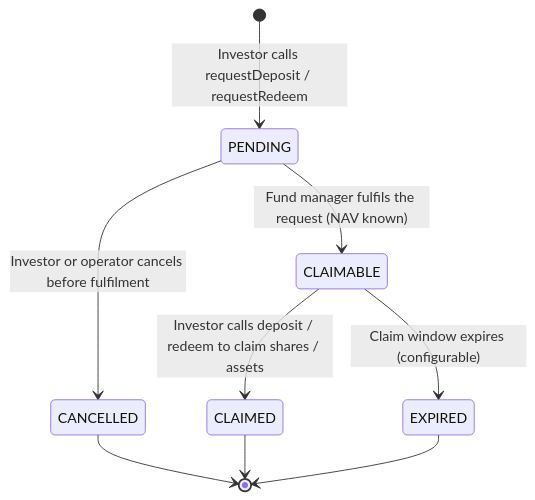
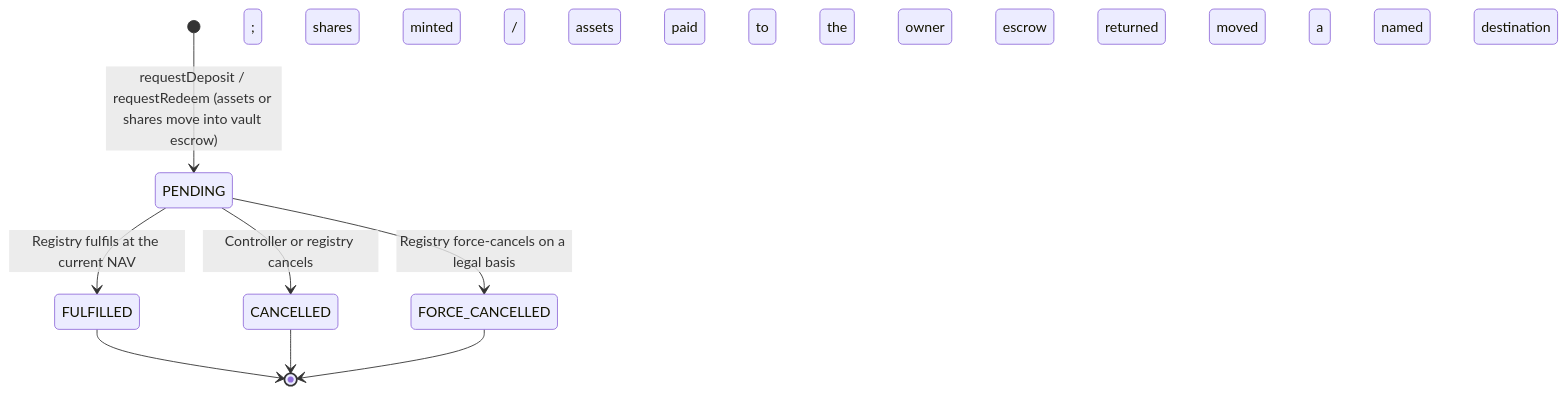
One commit to makibytes/registerwerk changed the diagram in docs/token-standards/erc7540.de.md. Above: the diagram before and after it, drawn with Mermaid. The commit also changed other lines of this file and 143 other files, not shown here.

````diff
--- a/docs/token-standards/erc7540.de.md
+++ b/docs/token-standards/erc7540.de.md
@@ -18,11 +23,10 @@
 ```mermaid
 stateDiagram-v2
-    [*] --> PENDING : Investor calls requestDeposit / requestRedeem
-    PENDING --> CLAIMABLE : Fund manager fulfils the request (NAV known)
-    CLAIMABLE --> CLAIMED : Investor calls deposit / redeem to claim shares / assets
-    PENDING --> CANCELLED : Investor or operator cancels before fulfilment
-    CLAIMABLE --> EXPIRED : Claim window expires (configurable)
+    [*] --> PENDING : requestDeposit / requestRedeem (assets or shares move into vault escrow)
+    PENDING --> FULFILLED : Registry fulfils at the current NAV; shares minted / assets paid to the owner
+    PENDING --> CANCELLED : Controller or registry cancels; escrow returned
+    PENDING --> FORCE_CANCELLED : Registry force-cancels on a legal basis; escrow moved to a named destination
+    FULFILLED --> [*]
     CANCELLED --> [*]
-    CLAIMED --> [*]
-    EXPIRED --> [*]
+    FORCE_CANCELLED --> [*]
 ```
````
